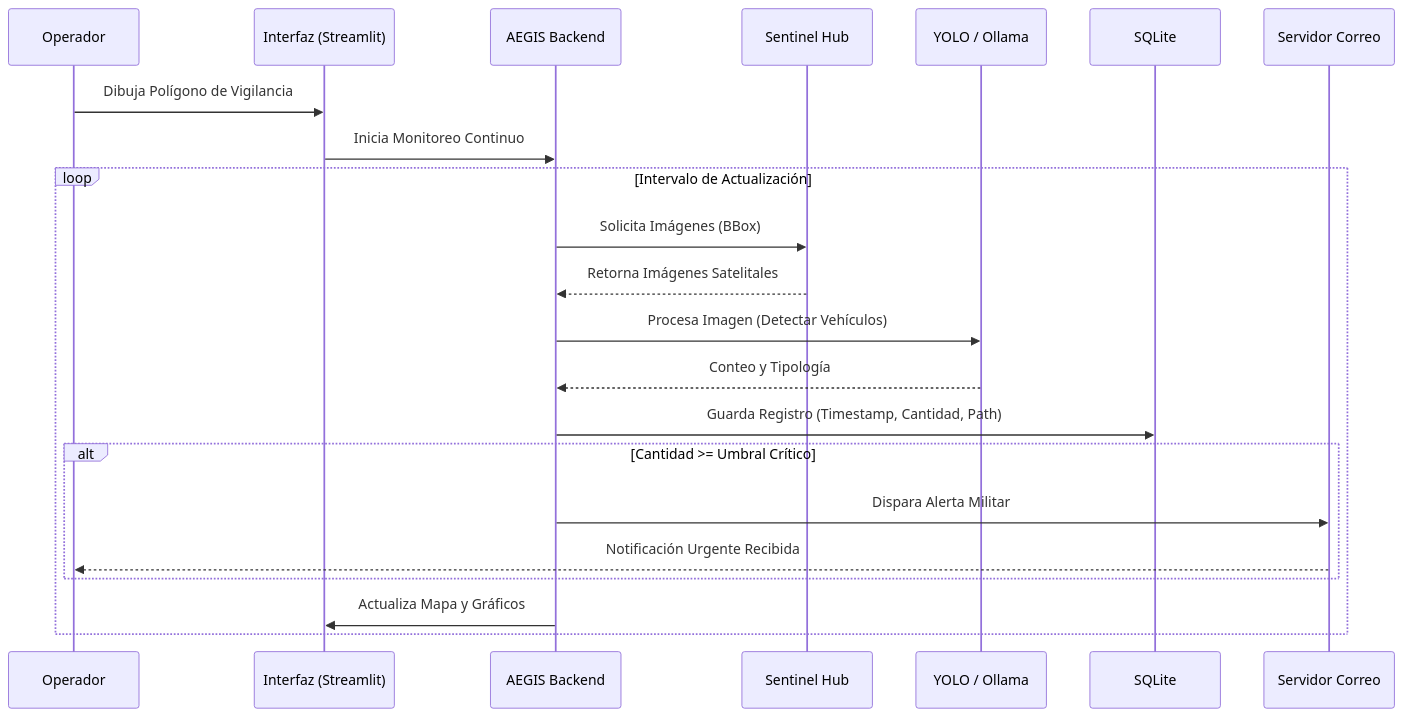
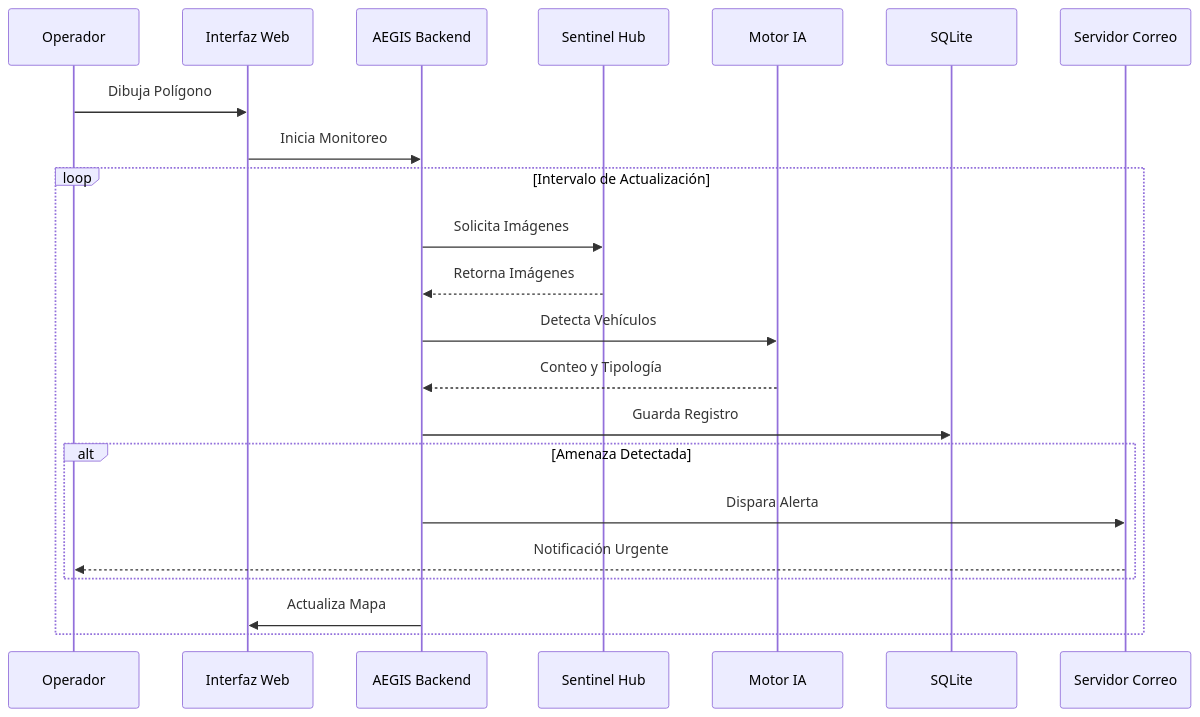
Before and after one commit to murdok1982/MonitoreoSatelitalMilitar: the third of 3 diagrams in README.md, drawn with Mermaid. The commit also changed other lines of this file, not shown here.

Commit message:
fix: corregir imagen y renderizado de diagramas mermaid

````diff
--- a/README.md
+++ b/README.md
@@ -80,25 +83,25 @@
 ```mermaid
 sequenceDiagram
     participant O as Operador
-    participant UI as Interfaz (Streamlit)
+    participant UI as Interfaz Web
     participant Core as AEGIS Backend
     participant SH as Sentinel Hub
-    participant AI as YOLO / Ollama
+    participant AI as Motor IA
     participant DB as SQLite
     participant Mail as Servidor Correo
 
-    O->>UI: Dibuja Polígono de Vigilancia
-    UI->>Core: Inicia Monitoreo Continuo
+    O->>UI: Dibuja Polígono
+    UI->>Core: Inicia Monitoreo
     loop Intervalo de Actualización
-        Core->>SH: Solicita Imágenes (BBox)
-        SH-->>Core: Retorna Imágenes Satelitales
-        Core->>AI: Procesa Imagen (Detectar Vehículos)
+        Core->>SH: Solicita Imágenes
+        SH-->>Core: Retorna Imágenes
+        Core->>AI: Detecta Vehículos
         AI-->>Core: Conteo y Tipología
-        Core->>DB: Guarda Registro (Timestamp, Cantidad, Path)
-        alt Cantidad >= Umbral Crítico
-            Core->>Mail: Dispara Alerta Militar
-            Mail-->>O: Notificación Urgente Recibida
+        Core->>DB: Guarda Registro
+        alt Amenaza Detectada
+            Core->>Mail: Dispara Alerta
+            Mail-->>O: Notificación Urgente
         end
-        Core->>UI: Actualiza Mapa y Gráficos
+        Core->>UI: Actualiza Mapa
     end
 ```
````
